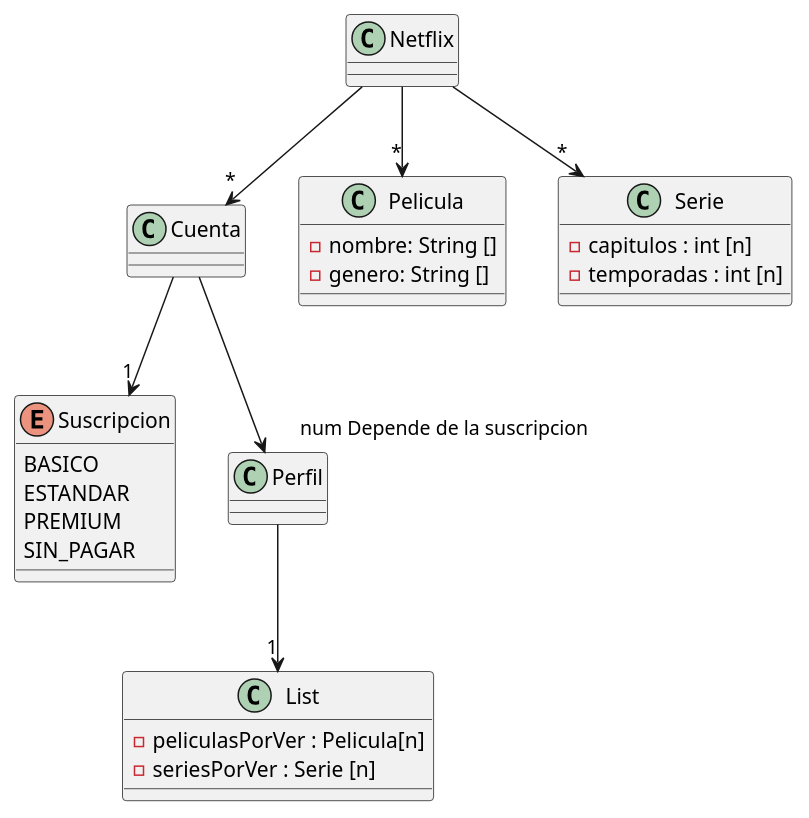
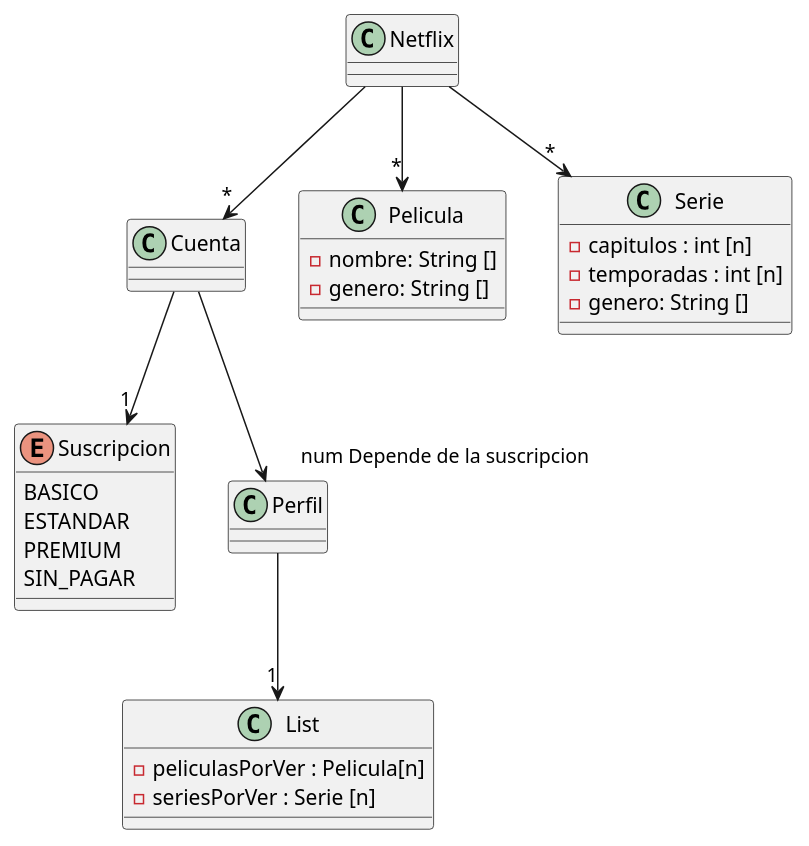
One commit to FernandoHuilca/EPN-FernandoHuilca changed the diagram in Segundo Semestre/Clases/Netflix2.0/src/Diagramas.puml. Above: the diagram before and after it, drawn with PlantUML. The commit also changed 33 other files, not shown here.

```diff
--- a/Segundo Semestre/Clases/Netflix2.0/src/Diagramas.puml
+++ b/Segundo Semestre/Clases/Netflix2.0/src/Diagramas.puml
@@ -1,35 +1,36 @@
 @startuml
 'https://plantuml.com/class-diagram
 
 
 Netflix --> "*" Cuenta
 Netflix --> "*"Pelicula
 Netflix --> "*"Serie
 Cuenta --> "1" Suscripcion
 Cuenta --> "num Depende de la suscripcion"Perfil
 Perfil --> "1" List
 
 class Netflix {
 }
 enum Suscripcion{
     BASICO
     ESTANDAR
     PREMIUM
     SIN_PAGAR
 }
 class Pelicula  {
     - nombre: String []
     - genero: String []
 }
 class Serie {
     - capitulos : int [n]
     - temporadas : int [n]
+    - genero: String []
 }
 class List {
     - peliculasPorVer : Pelicula[n]
     - seriesPorVer : Serie [n]
 
 }
 
 
 @enduml
```
